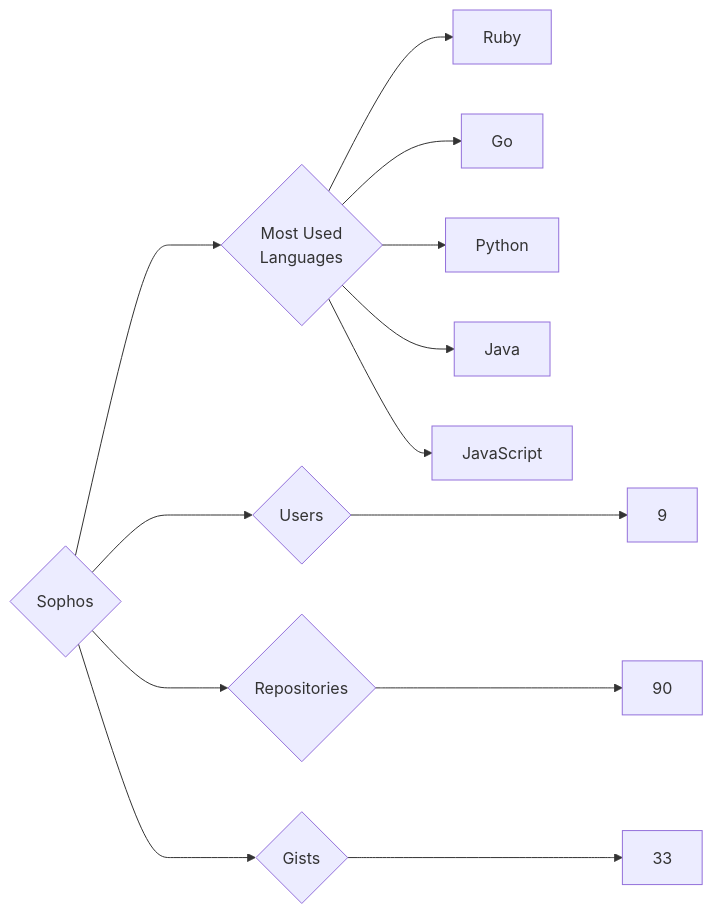
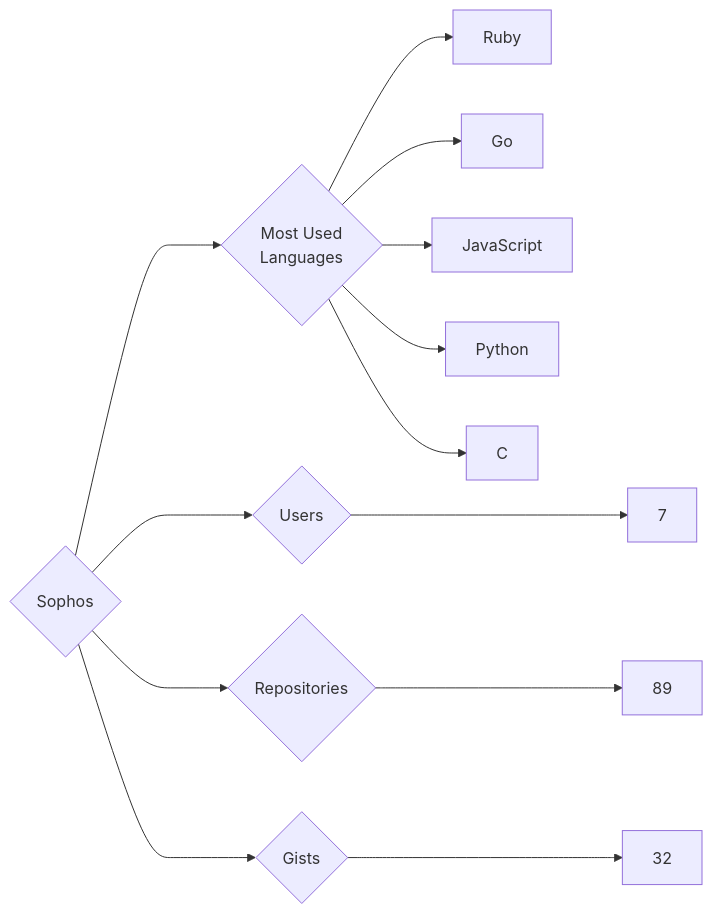
The diagram in targets/Sophos/README.md (trickest/insiders), drawn with Mermaid before and after one commit. The commit also changed 1484 other files, not shown here.

````diff
--- a/targets/Sophos/README.md
+++ b/targets/Sophos/README.md
@@ -3,13 +3,13 @@
 ```mermaid
 graph LR
 COMPANY_NAME{Sophos}
-COMPANY_NAME ---> U{Users} ---> UN[9]
-COMPANY_NAME ---> R{Repositories} ---> RN[90]
-COMPANY_NAME ---> G{Gists} ---> GN[33]
+COMPANY_NAME ---> U{Users} ---> UN[7]
+COMPANY_NAME ---> R{Repositories} ---> RN[89]
+COMPANY_NAME ---> G{Gists} ---> GN[32]
 COMPANY_NAME ---> ML{Most Used<br>Languages}
 ML --> Ruby[Ruby]
 ML --> Go[Go]
+ML --> JavaScript[JavaScript]
 ML --> Python[Python]
-ML --> Java[Java]
-ML --> JavaScript[JavaScript]
+ML --> C[C]
 ```
````
